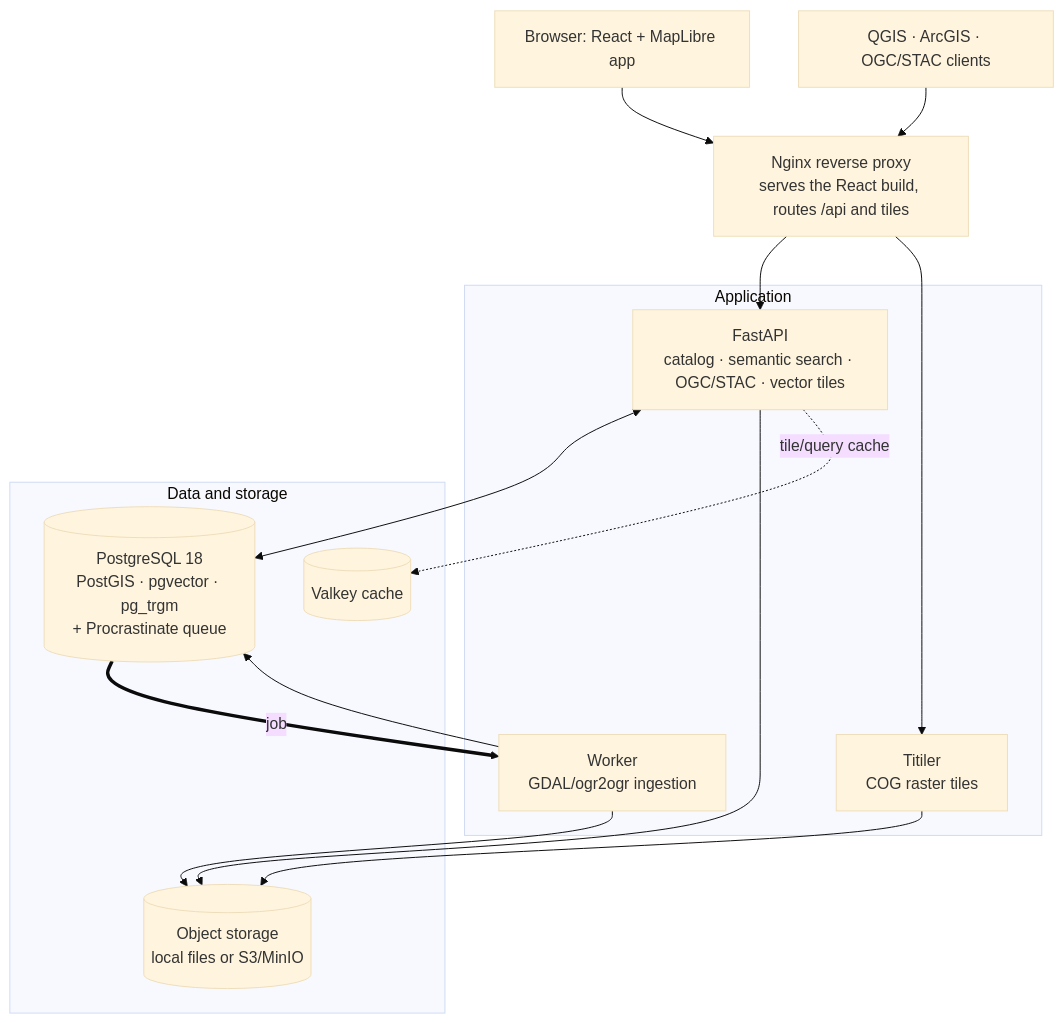
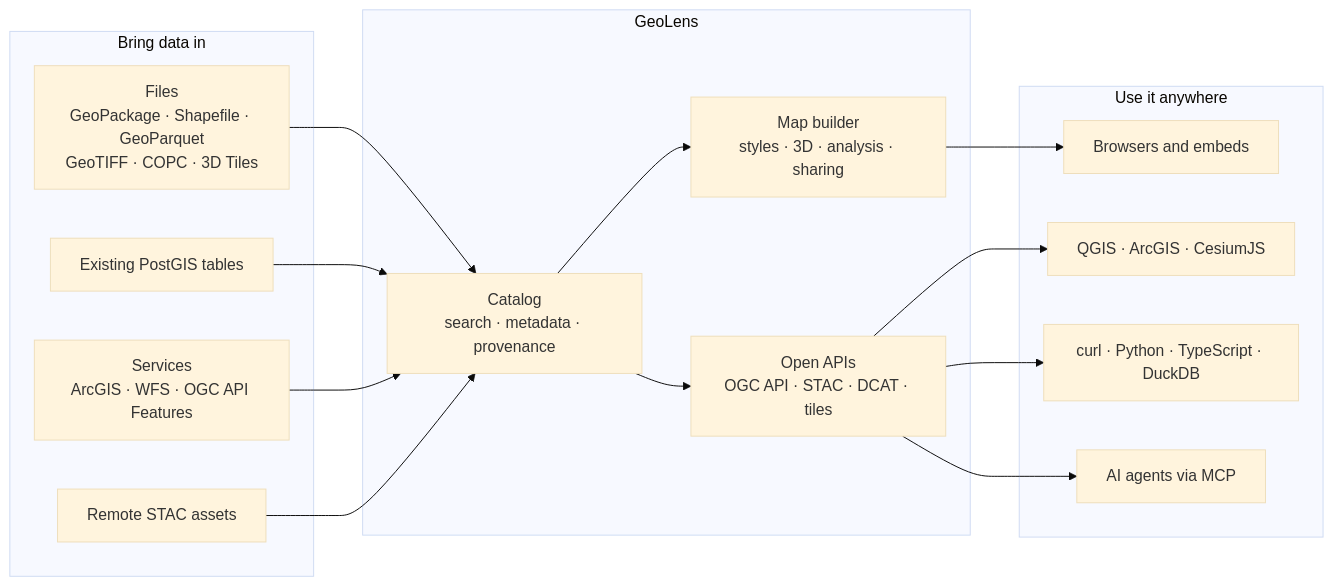
One commit to zqf20096327/dbhub_collect changed the diagram in data/readmes/geolens-io__geolens.md. Above: the diagram before and after it, drawn with Mermaid (base theme). The commit also changed other lines of this file and 353 other files, not shown here.

````diff
--- a/data/readmes/geolens-io__geolens.md
+++ b/data/readmes/geolens-io__geolens.md
@@ -351,31 +139,23 @@
 ```mermaid
-flowchart TB
-    B["Browser: React + MapLibre app"]
-    OGC["QGIS · ArcGIS · OGC/STAC clients"]
-
-    NG["Nginx reverse proxy<br/>serves the React build, routes /api and tiles"]
-
-    subgraph Application
-      API["FastAPI<br/>catalog · semantic search · OGC/STAC · vector tiles"]
-      W["Worker<br/>GDAL/ogr2ogr ingestion"]
-      TT["Titiler<br/>COG raster tiles"]
+flowchart LR
+    subgraph IN ["Bring data in"]
+      F["Files<br/>GeoPackage · Shapefile · GeoParquet<br/>GeoTIFF · COPC · 3D Tiles"]
+      DB["Existing PostGIS tables"]
+      SVC["Services<br/>ArcGIS · WFS · OGC API Features"]
+      ST["Remote STAC assets"]
     end
-
-    subgraph store [Data and storage]
-      PG[("PostgreSQL 18<br/>PostGIS · pgvector · pg_trgm<br/>+ Procrastinate queue")]
-      OBJ[("Object storage<br/>local files or S3/MinIO")]
-      CACHE[("Valkey cache")]
+    subgraph GL ["GeoLens"]
+      CAT["Catalog<br/>search · metadata · provenance"]
+      MB["Map builder<br/>styles · 3D · analysis · sharing"]
+      STD["Open APIs<br/>OGC API · STAC · DCAT · tiles"]
     end
-
-    B --> NG
-    OGC --> NG
-    NG --> API
-    NG --> TT
-    API <--> PG
-    API --> OBJ
-    API -. tile/query cache .-> CACHE
-    PG == job ==> W
-    W --> PG
-    W --> OBJ
-    TT --> OBJ
+    subgraph OUT ["Use it anywhere"]
+      WEB["Browsers and embeds"]
+      GIS["QGIS · ArcGIS · CesiumJS"]
+      CODE["curl · Python · TypeScript · DuckDB"]
+      AG["AI agents via MCP"]
+    end
+    F & DB & SVC & ST --> CAT
+    CAT --> MB --> WEB
+    CAT --> STD --> GIS & CODE & AG
 ```
````
